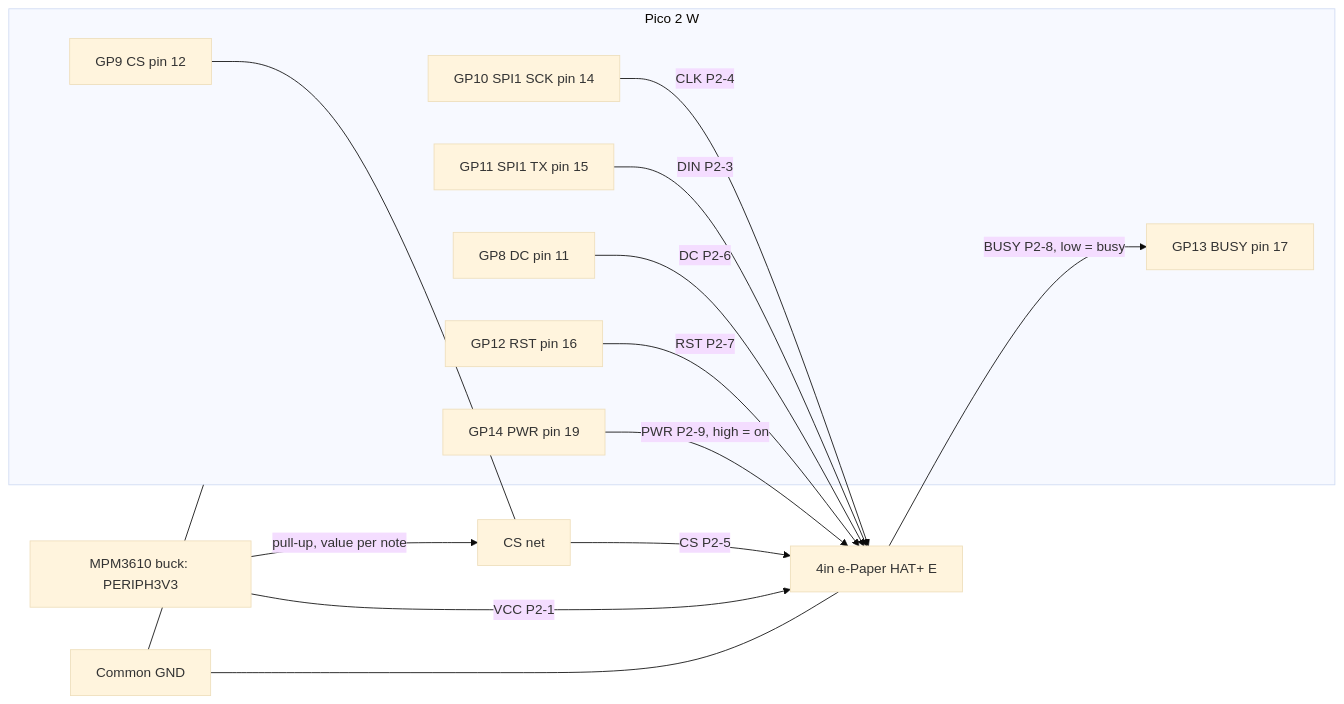
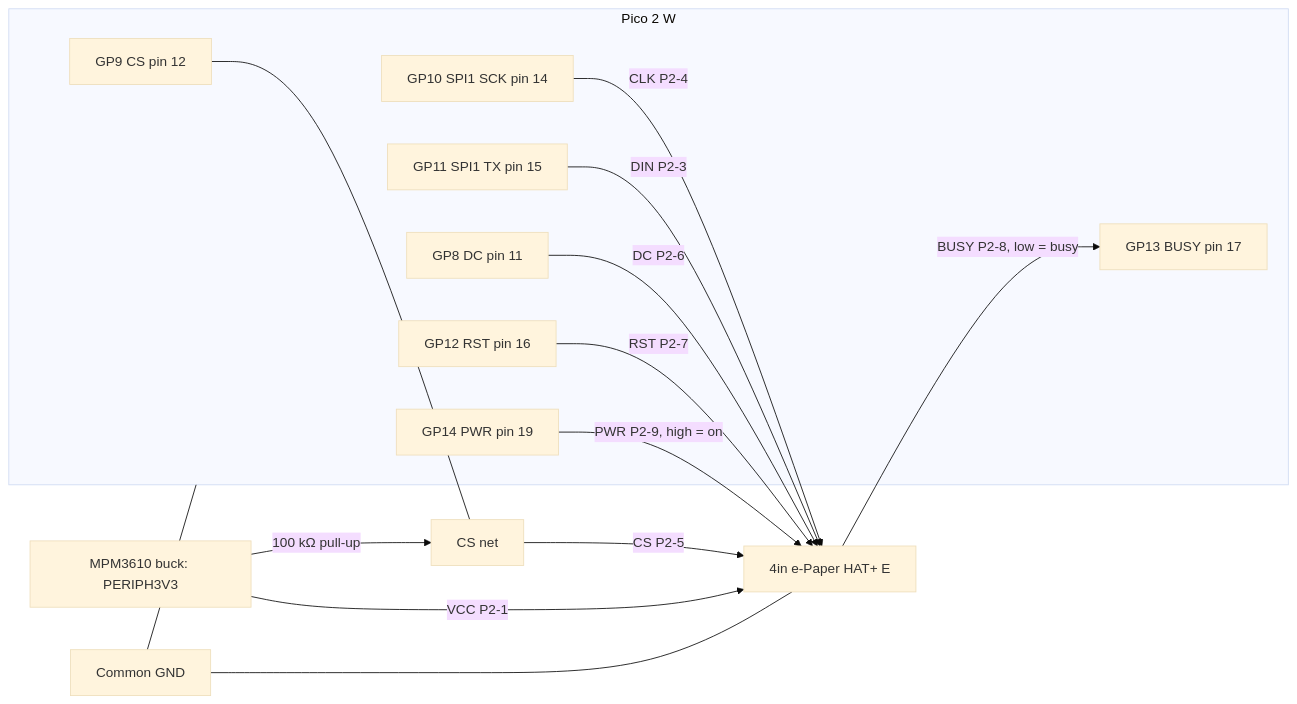
The first of 3 diagrams in docs/data/waveshare-4in-epaper-hat-plus-e.md (frye/moorpheus), drawn with Mermaid (base theme) before and after one commit. The commit also changed other lines of this file and 13 other files, not shown here.

````diff
--- a/docs/data/waveshare-4in-epaper-hat-plus-e.md
+++ b/docs/data/waveshare-4in-epaper-hat-plus-e.md
@@ -127,24 +127,24 @@
 ```mermaid
 flowchart LR
     BUCK["MPM3610 buck: PERIPH3V3"] -->|"VCC P2-1"| HAT["4in e-Paper HAT+ E"]
-    BUCK -->|"pull-up, value per note"| CSN["CS net"]
+    BUCK -->|"100 kΩ pull-up"| CSN["CS net"]
     subgraph PICO["Pico 2 W"]
         GP10["GP10 SPI1 SCK pin 14"]
         GP11["GP11 SPI1 TX pin 15"]
         GP9["GP9 CS pin 12"]
         GP8["GP8 DC pin 11"]
         GP12["GP12 RST pin 16"]
         GP13["GP13 BUSY pin 17"]
         GP14["GP14 PWR pin 19"]
     end
     GP10 -->|"CLK P2-4"| HAT
     GP11 -->|"DIN P2-3"| HAT
     GP9 --- CSN
     CSN -->|"CS P2-5"| HAT
     GP8 -->|"DC P2-6"| HAT
     GP12 -->|"RST P2-7"| HAT
     HAT -->|"BUSY P2-8, low = busy"| GP13
     GP14 -->|"PWR P2-9, high = on"| HAT
     GND["Common GND"] --- HAT
     GND --- PICO
 ```
````
